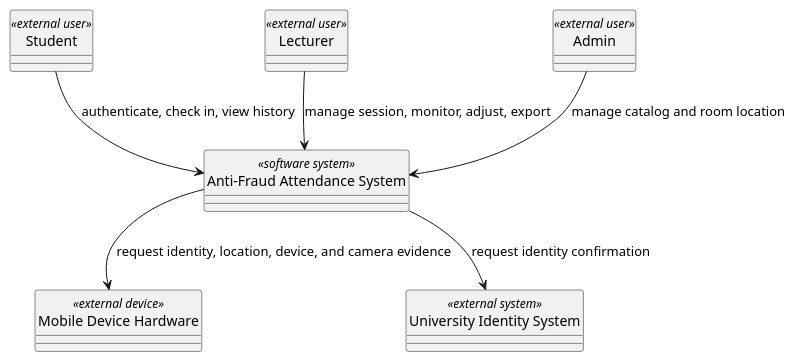
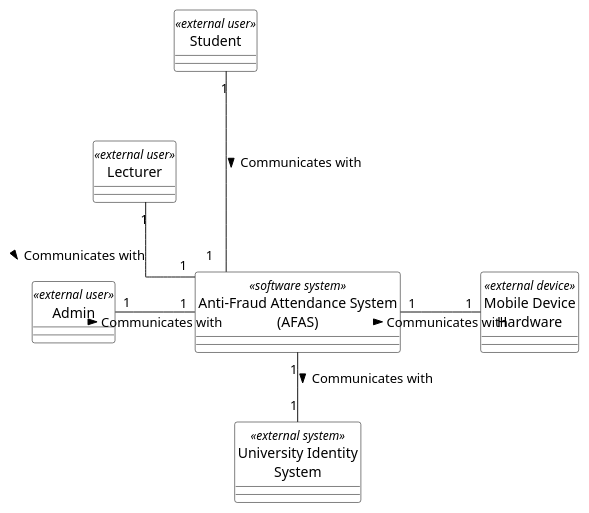
Before and after one commit to nttung42/SWD392: the second of 34 diagrams in docs/rds/2_Analysis.md, drawn with PlantUML. The commit also changed other lines of this file and 2 other files, not shown here.

````diff
--- a/docs/rds/2_Analysis.md
+++ b/docs/rds/2_Analysis.md
@@ -210,20 +210,31 @@
 ```plantuml
 @startuml
 skinparam style strictuml
 hide circle
-
-class "Anti-Fraud Attendance System" as AFAS <<software system>>
+skinparam linetype ortho
+skinparam shadowing false
+skinparam nodesep 80
+skinparam ranksep 70
+skinparam class {
+  BackgroundColor White
+  BorderColor Black
+  FontColor Black
+}
 
 class "Student" as Student <<external user>>
 class "Lecturer" as Lecturer <<external user>>
 class "Admin" as Admin <<external user>>
-class "Mobile Device Hardware" as MobileHardware <<external device>>
-class "University Identity System" as UIS <<external system>>
+class "Anti-Fraud Attendance System\n(AFAS)" as AFAS <<software system>>
+class "Mobile Device\nHardware" as MobileHardware <<external device>>
+class "University Identity\nSystem" as UIS <<external system>>
 
-Student --> AFAS : authenticate, check in, view history
-Lecturer --> AFAS : manage session, monitor, adjust, export
-Admin --> AFAS : manage catalog and room location
-AFAS --> MobileHardware : request identity, location, device, and camera evidence
-AFAS --> UIS : request identity confirmation
+Student "1" -right- "1" AFAS : Communicates with >
+Lecturer "1" -right- "1" AFAS : Communicates with >
+Admin "1" -right- "1" AFAS : Communicates with >
+AFAS "1" -right- "1" MobileHardware : Communicates with >
+AFAS "1" -down- "1" UIS : Communicates with >
+
+Student -[hidden]down- Lecturer
+Lecturer -[hidden]down- Admin
 @enduml
 ```
````
